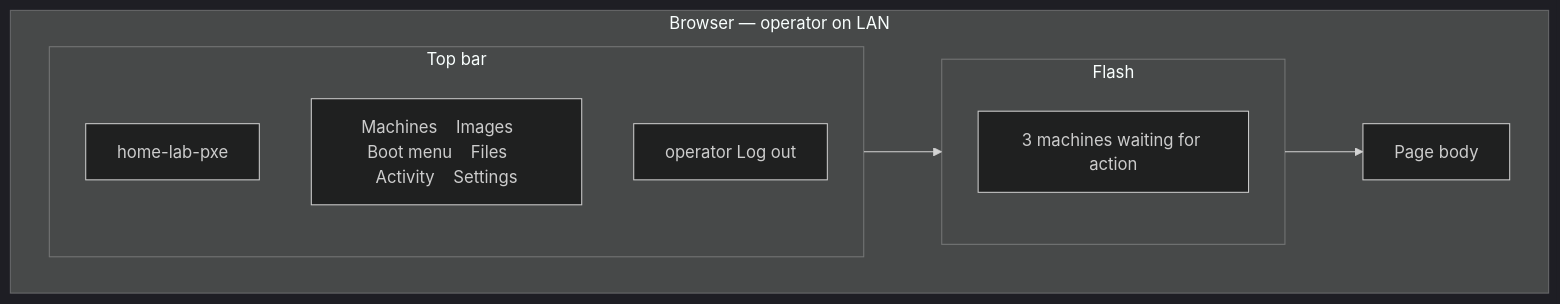
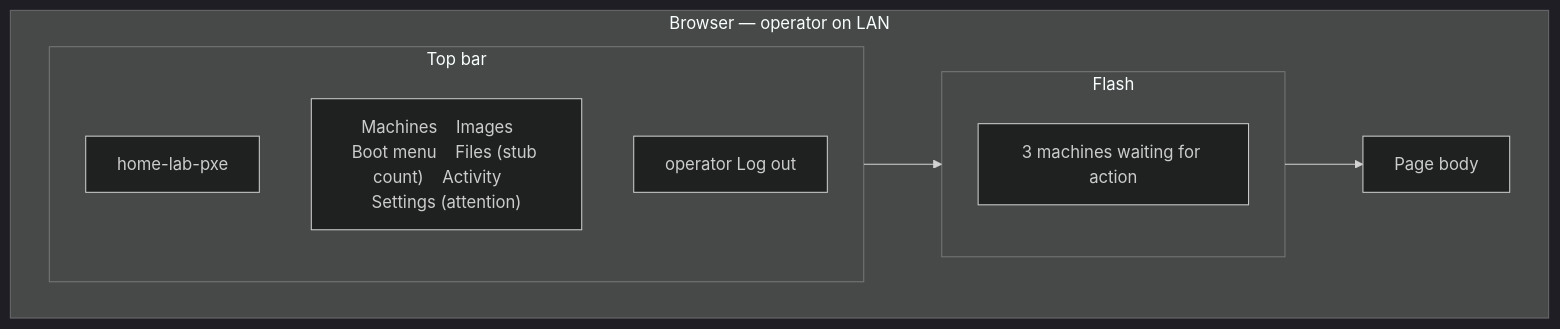
One commit to hometinker12/home-lab-pxe changed diagram 11 of 24 in ARCHITECTURE.md. Above: the diagram before and after it, drawn with Mermaid (dark theme). The commit also changed other lines of this file and 19 other files, not shown here.

First line of the commit message:
Cut 0.3.4 with iPXE UEFI autoexec handoff and Files stub attention

````diff
--- a/ARCHITECTURE.md
+++ b/ARCHITECTURE.md
@@ -254,15 +254,15 @@
 ```mermaid
 flowchart TB
   subgraph chrome["Browser — operator on LAN"]
     subgraph bar["Top bar"]
       Brand["home-lab-pxe"]
-      Nav["Machines    Images    Boot menu    Files    Activity    Settings"]
+      Nav["Machines    Images    Boot menu    Files (stub count)    Activity    Settings (attention)"]
       User["operator  Log out"]
     end
     subgraph flash["Flash"]
       Msg["3 machines waiting for action"]
     end
     Body["Page body"]
     bar --> flash --> Body
   end
 ```
````
